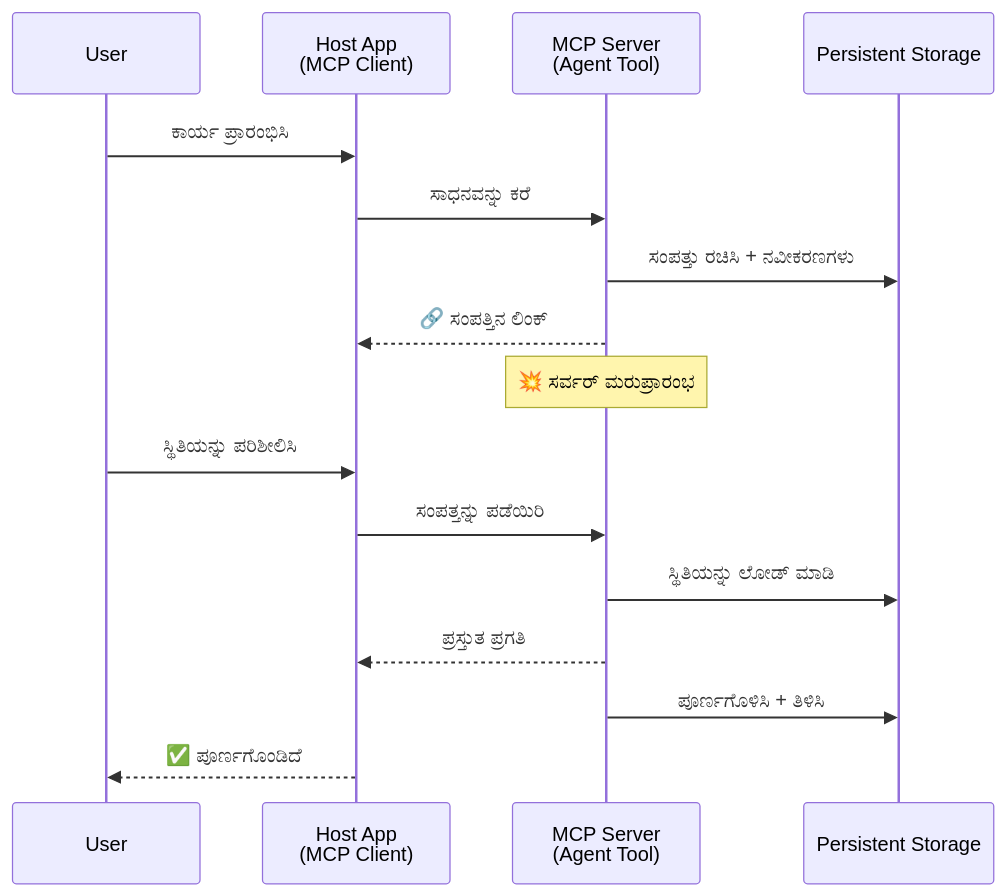
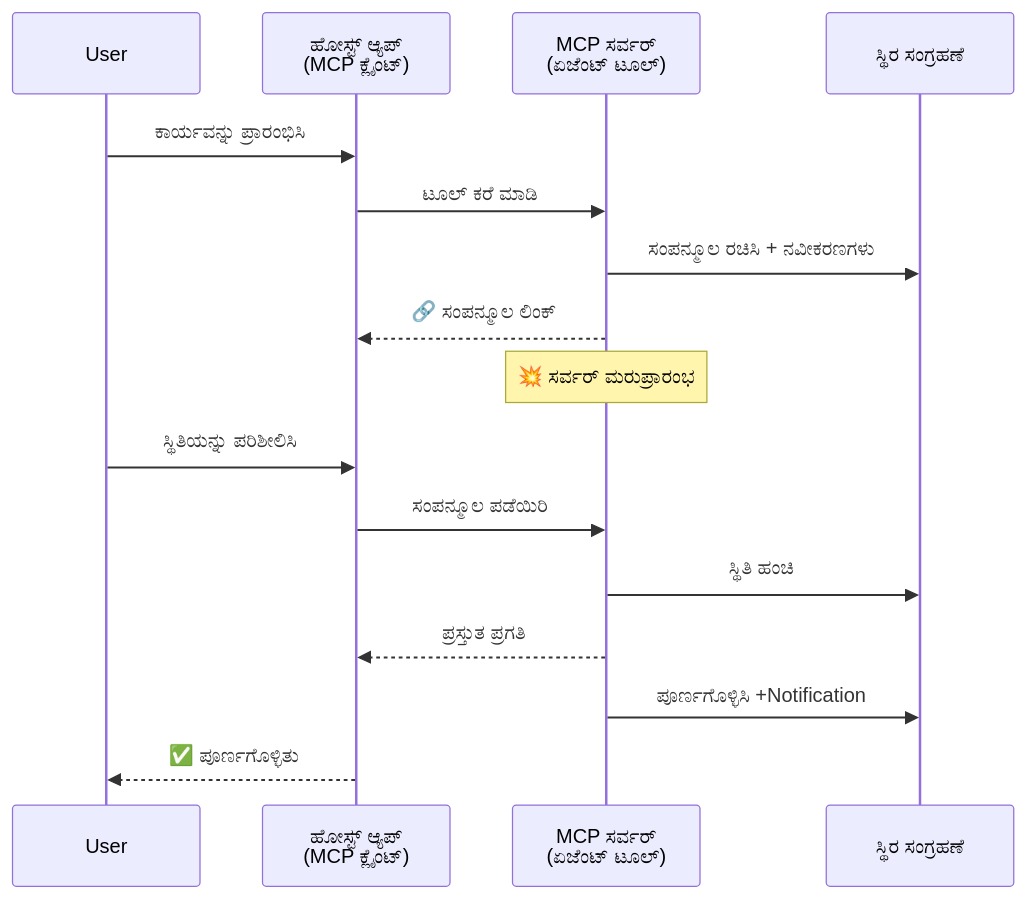
One commit to microsoft/ai-agents-for-beginners changed the third of 5 diagrams in translations/kn/11-agentic-protocols/code_samples/mcp-agents/README.md. Above: the diagram before and after it, drawn with Mermaid. The commit also changed other lines of this file and 224 other files, not shown here.

````diff
--- a/translations/kn/11-agentic-protocols/code_samples/mcp-agents/README.md
+++ b/translations/kn/11-agentic-protocols/code_samples/mcp-agents/README.md
@@ -121,21 +123,21 @@
 ```mermaid
 sequenceDiagram
     participant User
-    participant Host as Host App<br/>(MCP Client)
-    participant Server as MCP Server<br/>(Agent Tool)
-    participant DB as Persistent Storage
+    participant Host as ಹೋಸ್ಟ್ ಆ್ಯಪ್<br/>(MCP ಕ್ಲೈಂಟ್)
+    participant Server as MCP ಸರ್ವರ್<br/>(ಏಜೆಂಟ್ ಟೂಲ್)
+    participant DB as ಸ್ಥಿರ ಸಂಗ್ರಹಣೆ
 
-    User->>Host: ಕಾರ್ಯ ಪ್ರಾರಂಭಿಸಿ
-    Host->>Server: ಸಾಧನವನ್ನು ಕರೆ
-    Server->>DB: ಸಂಪತ್ತು ರಚಿಸಿ + ನವೀಕರಣಗಳು
-    Server-->>Host: 🔗 ಸಂಪತ್ತಿನ ಲಿಂಕ್
+    User->>Host: ಕಾರ್ಯವನ್ನು ಪ್ರಾರಂಭಿಸಿ
+    Host->>Server: ಟೂಲ್ ಕರೆ ಮಾಡಿ
+    Server->>DB: ಸಂಪನ್ಮೂಲ ರಚಿಸಿ + ನವೀಕರಣಗಳು
+    Server-->>Host: 🔗 ಸಂಪನ್ಮೂಲ ಲಿಂಕ್
 
     Note over Server: 💥 ಸರ್ವರ್ ಮರುಪ್ರಾರಂಭ
 
     User->>Host: ಸ್ಥಿತಿಯನ್ನು ಪರಿಶೀಲಿಸಿ
-    Host->>Server: ಸಂಪತ್ತನ್ನು ಪಡೆಯಿರಿ
-    Server->>DB: ಸ್ಥಿತಿಯನ್ನು ಲೋಡ್ ಮಾಡಿ
+    Host->>Server: ಸಂಪನ್ಮೂಲ ಪಡೆಯಿರಿ
+    Server->>DB: ಸ್ಥಿತಿ ಹಂಚಿ
     Server-->>Host: ಪ್ರಸ್ತುತ ಪ್ರಗತಿ
-    Server->>DB: ಪೂರ್ಣಗೊಳಿಸಿ + ತಿಳಿಸಿ
-    Host-->>User: ✅ ಪೂರ್ಣಗೊಂಡಿದೆ
+    Server->>DB: ಪೂರ್ಣಗೊಳ್ಳಿಸಿ +Notification
+    Host-->>User: ✅ ಪೂರ್ಣಗೊಳ್ಳಿತು
 ```
````
